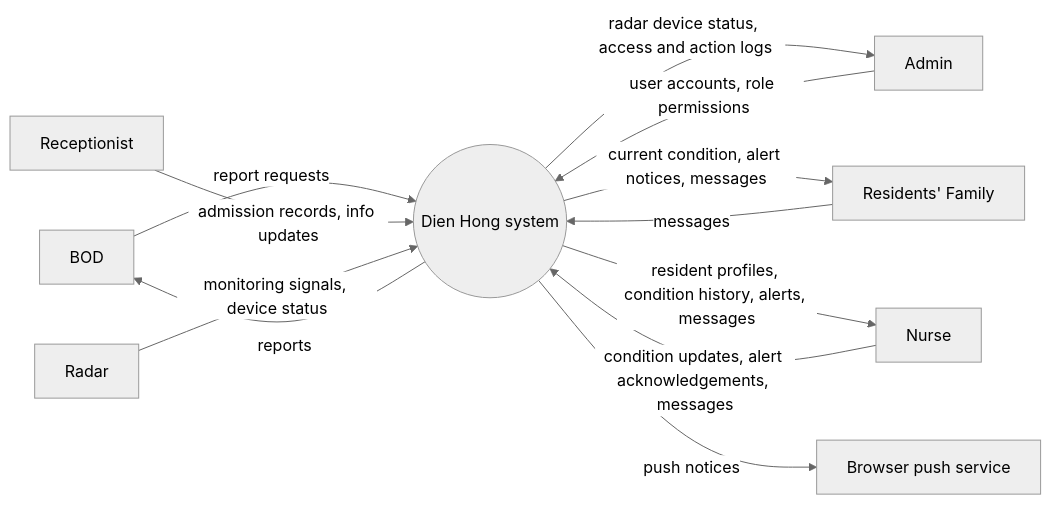
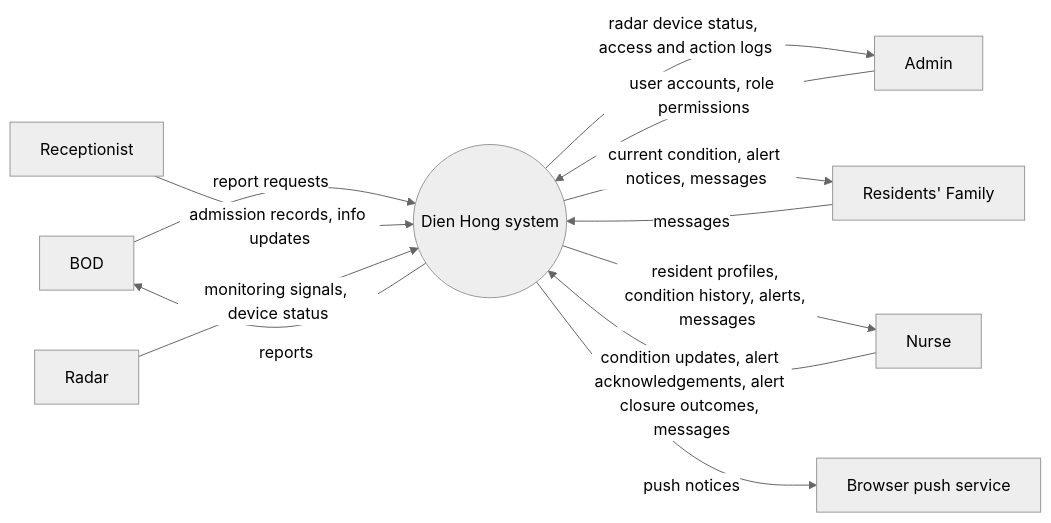
The diagram in docs/context/context-diagram.md (hatrang191/groupE-nursinghome), drawn with Mermaid (neutral theme) before and after one commit. The commit also changed other lines of this file, not shown here.

Commit message:
docs: add alert closure outcome to context diagram

````diff
--- a/docs/context/context-diagram.md
+++ b/docs/context/context-diagram.md
@@ -13,29 +13,29 @@
 ```mermaid
 flowchart LR
   BOD["BOD"]
   REC["Receptionist"]
   ADM["Admin"]
   FAM["Residents' Family"]
   RAD["Radar"]
   NUR["Nurse"]
   PUSH["Browser push service"]
   DH(("Dien Hong system"))
 
   BOD -->|"report requests"| DH
   DH -->|"reports"| BOD
 
   REC -->|"admission records, info updates"| DH
 
   ADM -->|"user accounts, role permissions"| DH
   DH -->|"radar device status, access and action logs"| ADM
 
   FAM -->|"messages"| DH
   DH -->|"current condition, alert notices, messages"| FAM
 
   RAD -->|"monitoring signals, device status"| DH
 
-  NUR -->|"condition updates, alert acknowledgements, messages"| DH
+  NUR -->|"condition updates, alert acknowledgements, alert closure outcomes, messages"| DH
   DH -->|"resident profiles, condition history, alerts, messages"| NUR
 
   DH -->|"push notices"| PUSH
 ```
````
